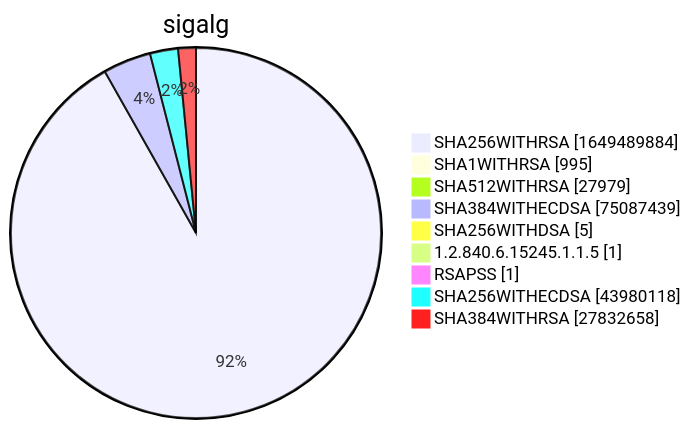
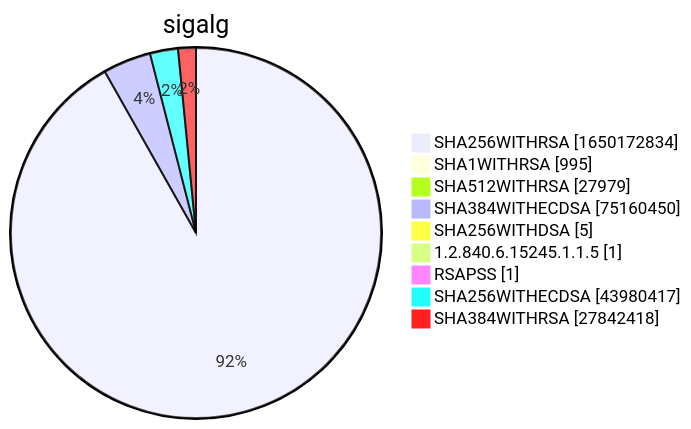
Diagram 15 of 15 in xenon2022/README.md (christiankrug/ctmonitor_visualization), drawn with Mermaid before and after one commit. The commit also changed other lines of this file, not shown here.

````diff
--- a/xenon2022/README.md
+++ b/xenon2022/README.md
@@ -5874,13 +5874,13 @@
 ```mermaid
 pie showData
 title sigalg
-"SHA256WITHRSA" :1649489884
+"SHA256WITHRSA" :1650172834
 "SHA1WITHRSA" :995
 "SHA512WITHRSA" :27979
-"SHA384WITHECDSA" :75087439
+"SHA384WITHECDSA" :75160450
 "SHA256WITHDSA" :5
 "1.2.840.6.15245.1.1.5" :1
 "RSAPSS" :1
-"SHA256WITHECDSA" :43980118
-"SHA384WITHRSA" :27832658
+"SHA256WITHECDSA" :43980417
+"SHA384WITHRSA" :27842418
 ```
````
